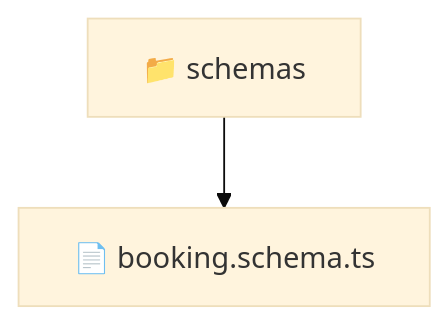
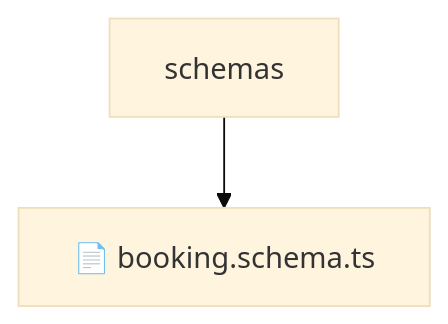
The diagram in backend/src/modules/booking/infrastructure/schemas/README.md (beginwebdev2002/fullstack-mavluda), drawn with Mermaid (base theme) before and after one commit. The commit also changed other lines of this file and 155 other files, not shown here.

````diff
--- a/backend/src/modules/booking/infrastructure/schemas/README.md
+++ b/backend/src/modules/booking/infrastructure/schemas/README.md
@@ -10,5 +14,5 @@
 ```mermaid
 graph TD
-  Root["📁 schemas"]
-  Root --> bookingschemats["📄 booking.schema.ts"]
+    Root[schemas]
+    Root --> F0[📄 booking.schema.ts]
 ```
````
